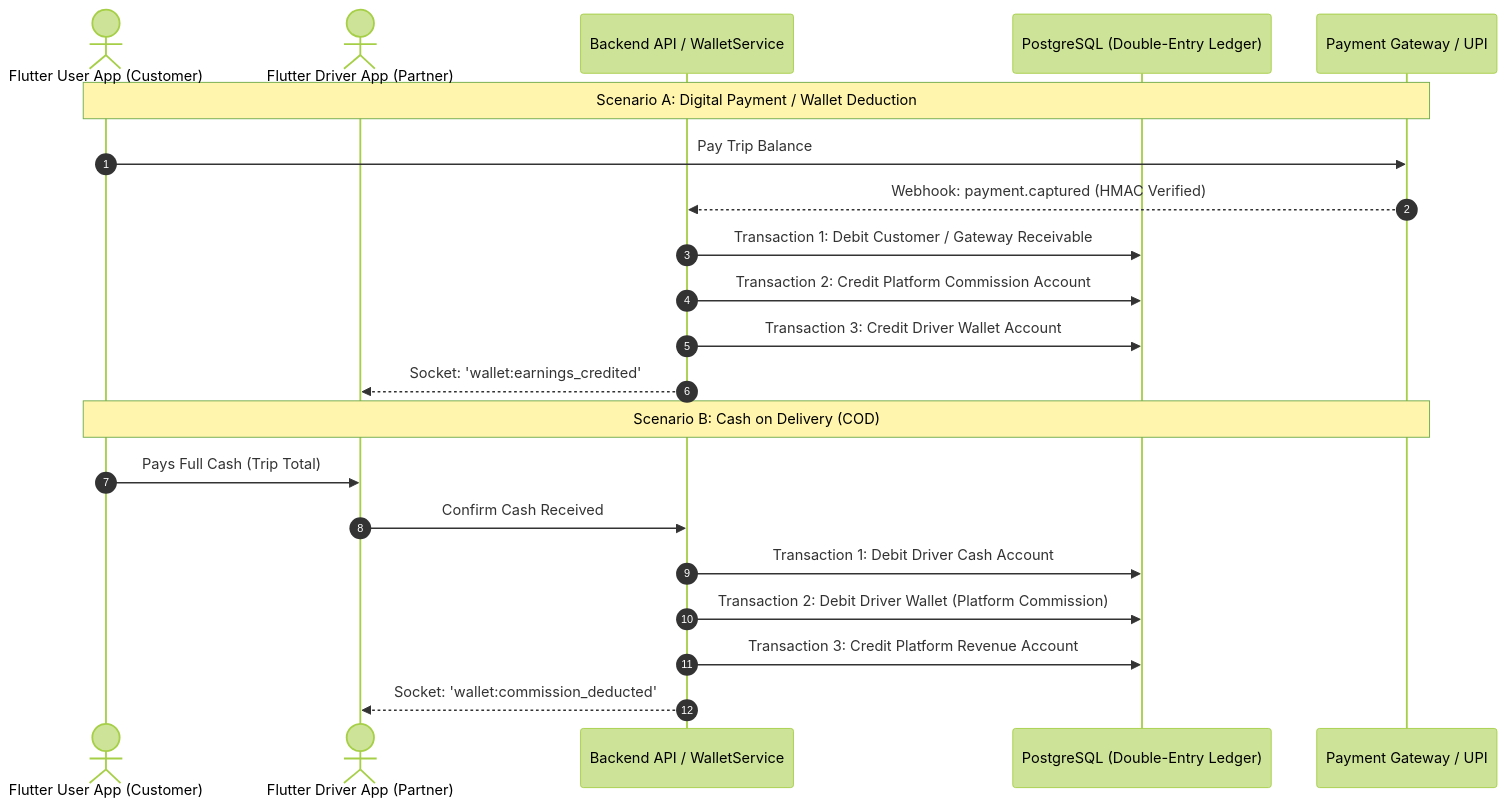
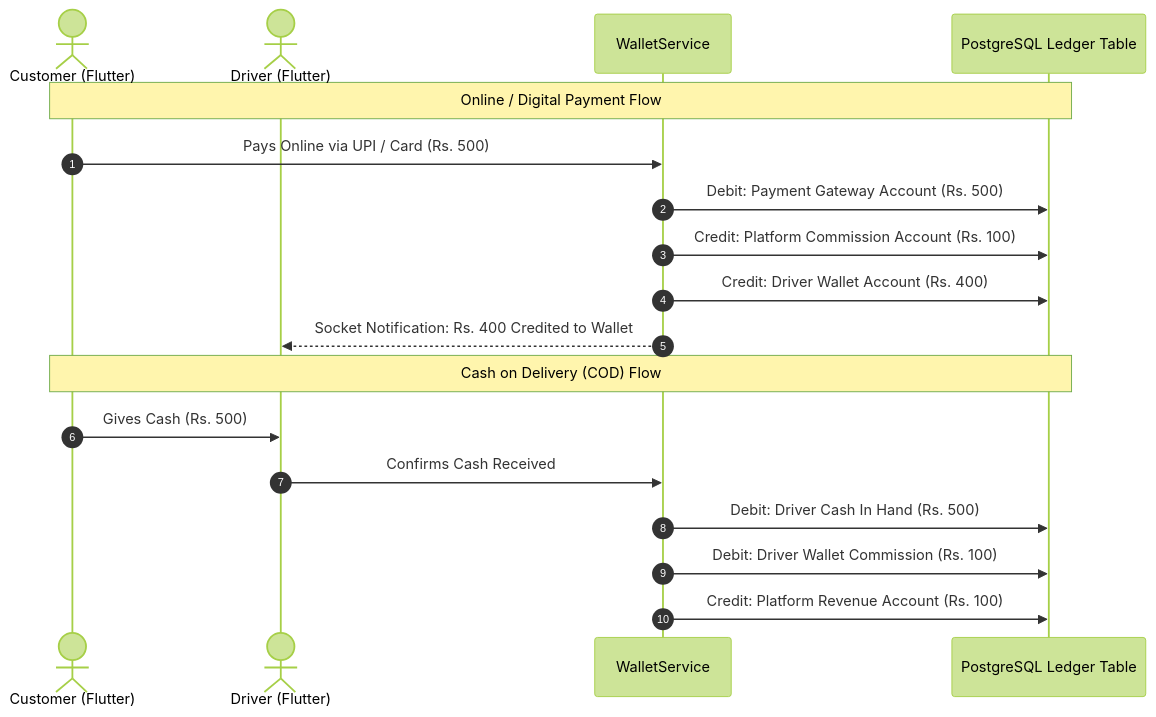
One commit to sheikh22hamid-create/ShifterOnline-Nodejs changed the fourth of 4 diagrams in Architecture/01-System-Architecture.md. Above: the diagram before and after it, drawn with Mermaid (forest theme). The commit also changed other lines of this file and 2 other files, not shown here.

Commit message:
docs: initialize architecture documentation for system, user roles, and city structure

````diff
--- a/Architecture/01-System-Architecture.md
+++ b/Architecture/01-System-Architecture.md
@@ -750,25 +246,22 @@
 ```mermaid
 sequenceDiagram
     autonumber
-    actor Customer as Flutter User App (Customer)
-    actor Driver as Flutter Driver App (Partner)
-    participant API as Backend API / WalletService
-    participant Ledger as PostgreSQL (Double-Entry Ledger)
-    participant Gateway as Payment Gateway / UPI
+    actor Customer as Customer (Flutter)
+    actor Driver as Driver (Flutter)
+    participant API as WalletService
+    participant Ledger as PostgreSQL Ledger Table
 
-    Note over Customer, Gateway: Scenario A: Digital Payment / Wallet Deduction
-    Customer->>Gateway: Pay Trip Balance
-    Gateway-->>API: Webhook: payment.captured (HMAC Verified)
-    API->>Ledger: Transaction 1: Debit Customer / Gateway Receivable
-    API->>Ledger: Transaction 2: Credit Platform Commission Account
-    API->>Ledger: Transaction 3: Credit Driver Wallet Account
-    API-->>Driver: Socket: 'wallet:earnings_credited'
+    Note over Customer, Ledger: Online / Digital Payment Flow
+    Customer->>API: Pays Online via UPI / Card (Rs. 500)
+    API->>Ledger: Debit: Payment Gateway Account (Rs. 500)
+    API->>Ledger: Credit: Platform Commission Account (Rs. 100)
+    API->>Ledger: Credit: Driver Wallet Account (Rs. 400)
+    API-->>Driver: Socket Notification: Rs. 400 Credited to Wallet
 
-    Note over Customer, Gateway: Scenario B: Cash on Delivery (COD)
-    Customer->>Driver: Pays Full Cash (Trip Total)
-    Driver->>API: Confirm Cash Received
-    API->>Ledger: Transaction 1: Debit Driver Cash Account
-    API->>Ledger: Transaction 2: Debit Driver Wallet (Platform Commission)
-    API->>Ledger: Transaction 3: Credit Platform Revenue Account
-    API-->>Driver: Socket: 'wallet:commission_deducted'
+    Note over Customer, Ledger: Cash on Delivery (COD) Flow
+    Customer->>Driver: Gives Cash (Rs. 500)
+    Driver->>API: Confirms Cash Received
+    API->>Ledger: Debit: Driver Cash In Hand (Rs. 500)
+    API->>Ledger: Debit: Driver Wallet Commission (Rs. 100)
+    API->>Ledger: Credit: Platform Revenue Account (Rs. 100)
 ```
````
